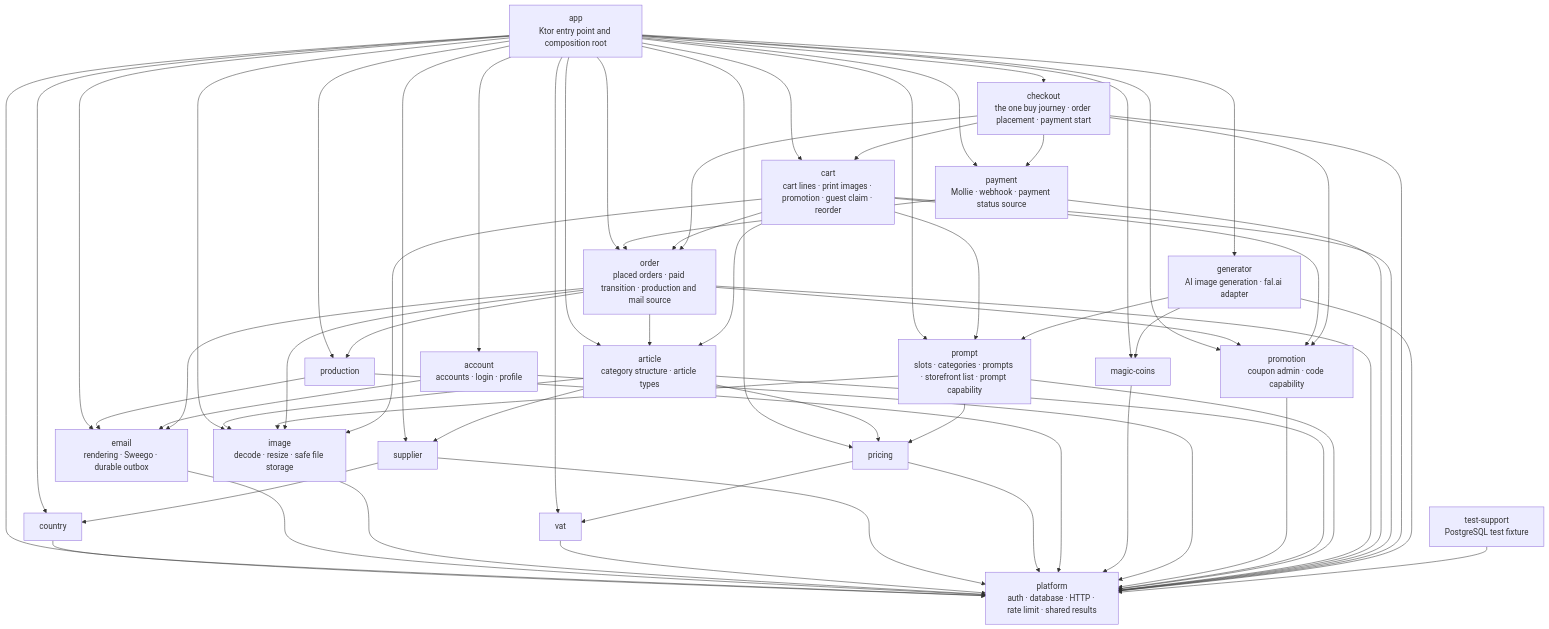
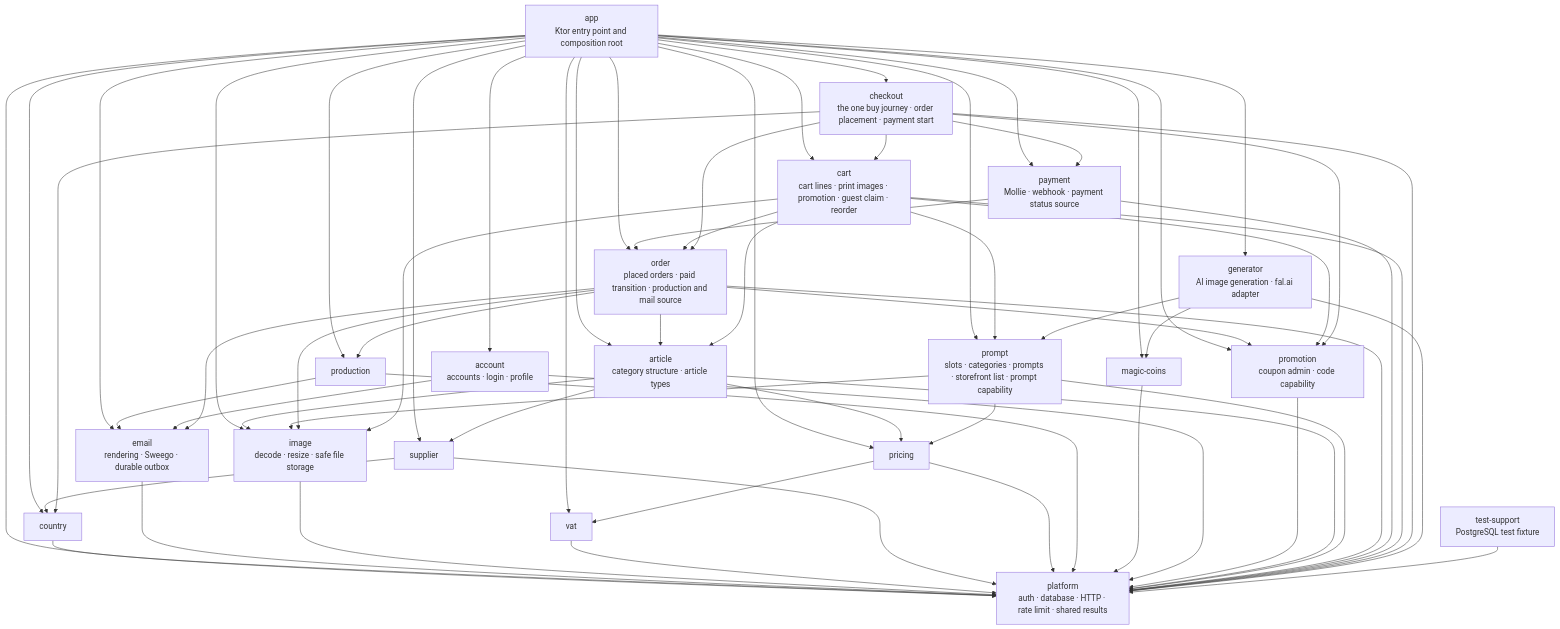
One commit to bitstorm-tech/voenix-shop-kotlin changed the diagram in docs/dev/backend/module-architecture.md. Above: the diagram before and after it, drawn with Mermaid. The commit also changed other lines of this file and 20 other files, not shown here.

```diff
--- a/docs/dev/backend/module-architecture.md
+++ b/docs/dev/backend/module-architecture.md
@@ -112,6 +112,7 @@
     Checkout --> Promotion
     Checkout --> Order
     Checkout --> Payment
+    Checkout --> Country
     Generator --> Platform
     Generator --> Prompt
     Generator --> MagicCoins
```
